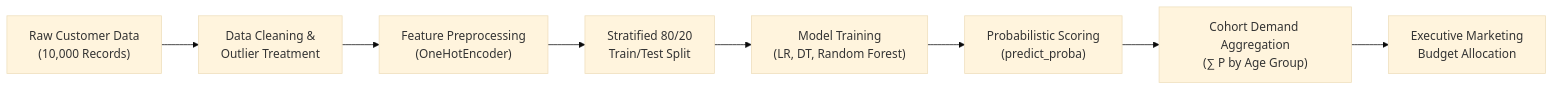
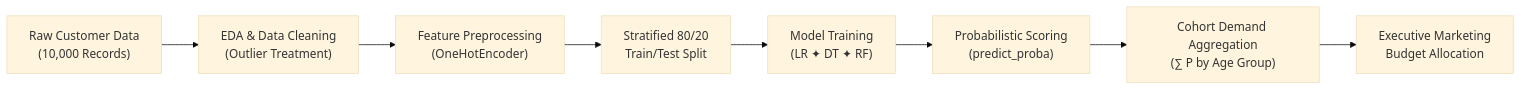
Before and after one commit to tushar032004/AI-Cosmetics-Purchase-Prediction: the diagram in README.md, drawn with Mermaid (base theme). The commit also changed other lines of this file and 86 other files, not shown here.

````diff
--- a/README.md
+++ b/README.md
@@ -38,10 +37,10 @@
 ```mermaid
 flowchart LR
-    A["Raw Customer Data<br/>(10,000 Records)"] --> B["Data Cleaning &<br/>Outlier Treatment"]
+    A["Raw Customer Data<br/>(10,000 Records)"] --> B["EDA & Data Cleaning<br/>(Outlier Treatment)"]
     B --> C["Feature Preprocessing<br/>(OneHotEncoder)"]
     C --> D["Stratified 80/20<br/>Train/Test Split"]
-    D --> E["Model Training<br/>(LR, DT, Random Forest)"]
+    D --> E["Model Training<br/>(LR ✦ DT ✦ RF)"]
     E --> F["Probabilistic Scoring<br/>(predict_proba)"]
     F --> G["Cohort Demand Aggregation<br/>(∑ P by Age Group)"]
     G --> H["Executive Marketing<br/>Budget Allocation"]
 ```
````
